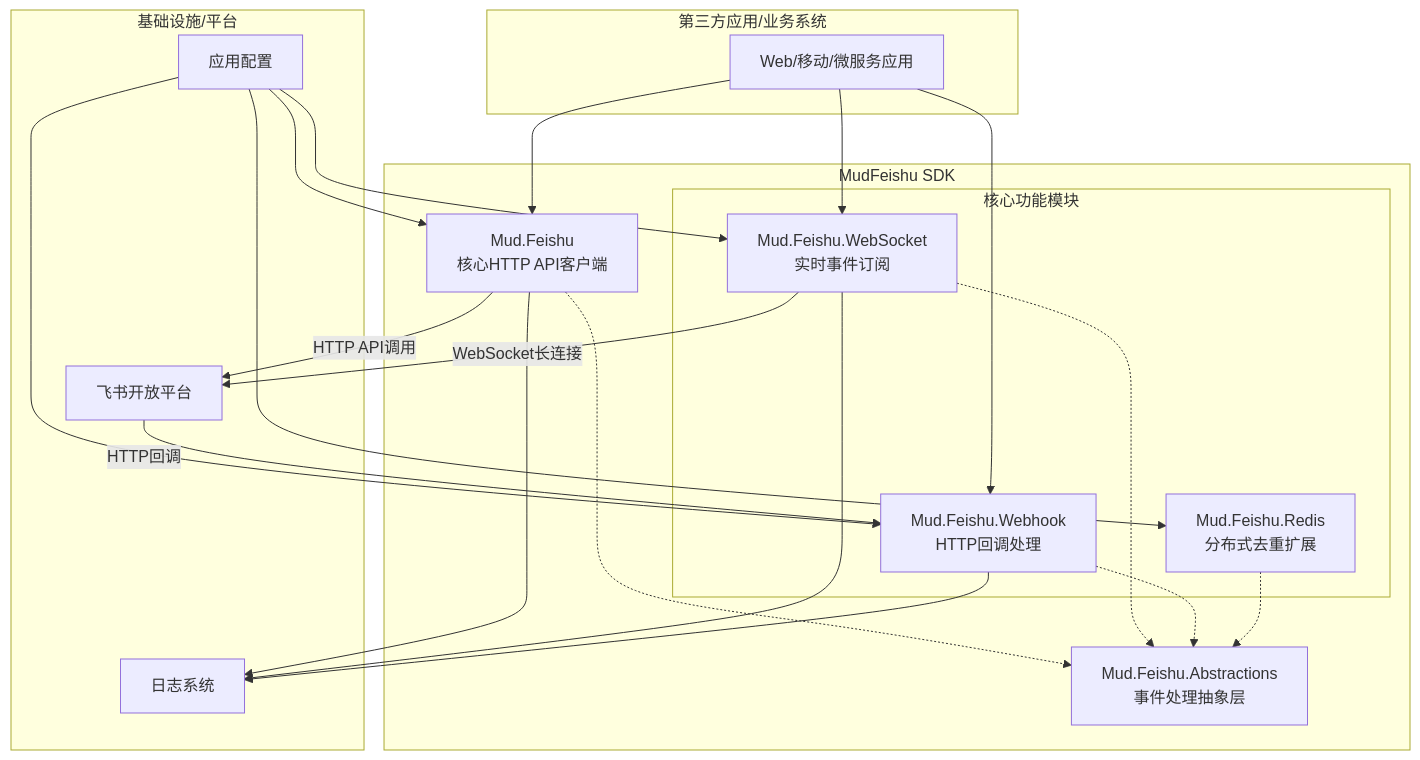
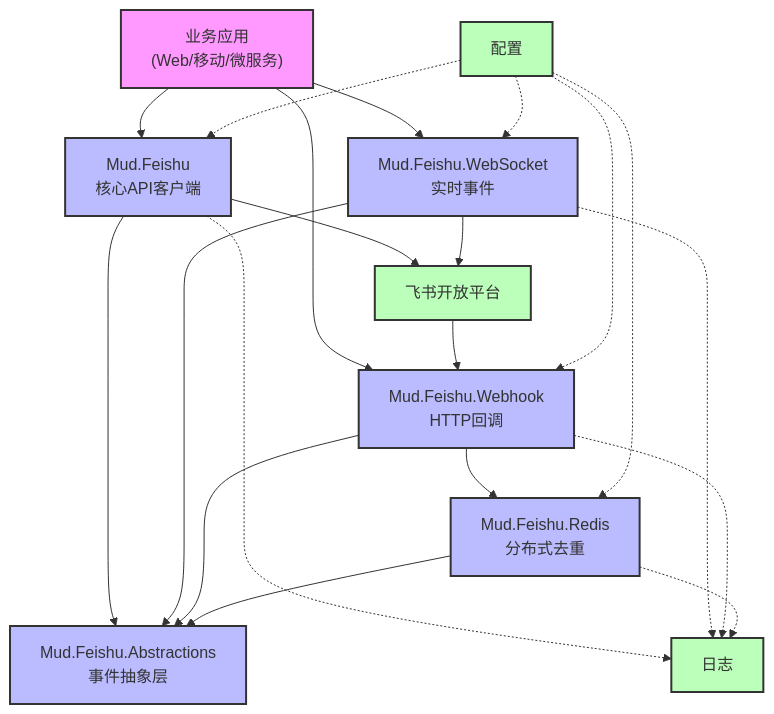
Before and after one commit to jackfiled/MudFeishu: the first of 5 diagrams in README.md, drawn with Mermaid. The commit also changed other lines of this file and 1 other file, not shown here.

First line of the commit message:
docs: 优化README文档结构和图表布局

````diff
--- a/README.md
+++ b/README.md
@@ -43,50 +43,50 @@
 ```mermaid
 graph TB
-    subgraph "第三方应用/业务系统"
-        App[Web/移动/微服务应用]
-    end
+    %% 简化的节点命名
+    App["业务应用<br/>(Web/移动/微服务)"]
+    Core["Mud.Feishu<br/>核心API客户端"]
+    WebSocket["Mud.Feishu.WebSocket<br/>实时事件"]
+    Webhook["Mud.Feishu.Webhook<br/>HTTP回调"]
+    RedisExt["Mud.Feishu.Redis<br/>分布式去重"]
+    Abstraction["Mud.Feishu.Abstractions<br/>事件抽象层"]
+    Feishu[飞书开放平台]
+    Config[配置]
+    Logging[日志]
 
-    subgraph "MudFeishu SDK"
-        Core["Mud.Feishu<br/>核心HTTP API客户端"]
-        
-        subgraph "核心功能模块"
-            WebSocket["Mud.Feishu.WebSocket<br/>实时事件订阅"]
-            Webhook["Mud.Feishu.Webhook<br/>HTTP回调处理"]
-            RedisExt["Mud.Feishu.Redis<br/>分布式去重扩展"]
-        end
-        
-        Abstraction["Mud.Feishu.Abstractions<br/>事件处理抽象层"]
-    end
-
-    subgraph "基础设施/平台"
-        Feishu[飞书开放平台]
-        Config[应用配置]
-        Logging[日志系统]
-    end
-
-    %% 主要使用和调用关系
+    %% 主要关系
     App --> Core
     App --> WebSocket
     App --> Webhook
+    Webhook --> RedisExt
 
-    %% SDK内部核心依赖关系
-    Core -.-> Abstraction
-    WebSocket -.-> Abstraction
-    Webhook -.-> Abstraction
-    RedisExt -.-> Abstraction
-    
-    %% 配置与日志
-    Config --> Core
-    Config --> WebSocket
-    Config --> Webhook
-    Config --> RedisExt
-    
-    Core --> Logging
-    WebSocket --> Logging
-    Webhook --> Logging
+    %% SDK内部依赖
+    Core --> Abstraction
+    WebSocket --> Abstraction
+    Webhook --> Abstraction
+    RedisExt --> Abstraction
 
-    %% 与外部服务的通信
-    Core -- HTTP API调用 --> Feishu
-    WebSocket -- WebSocket长连接 --> Feishu
-    Feishu -- HTTP回调 --> Webhook
+    %% 通信关系
+    Core --> Feishu
+    WebSocket --> Feishu
+    Feishu --> Webhook
+
+    %% 公共依赖
+    Config -.-> Core
+    Config -.-> WebSocket
+    Config -.-> Webhook
+    Config -.-> RedisExt
+
+    Core -.-> Logging
+    WebSocket -.-> Logging
+    Webhook -.-> Logging
+    RedisExt -.-> Logging
+
+    %% 布局调整
+    classDef app fill:#f9f,stroke:#333,stroke-width:2px;
+    classDef sdk fill:#bbf,stroke:#333,stroke-width:2px;
+    classDef infra fill:#bfb,stroke:#333,stroke-width:2px;
+
+    class App app;
+    class Core,WebSocket,Webhook,RedisExt,Abstraction sdk;
+    class Feishu,Config,Logging infra;
 ```
````
